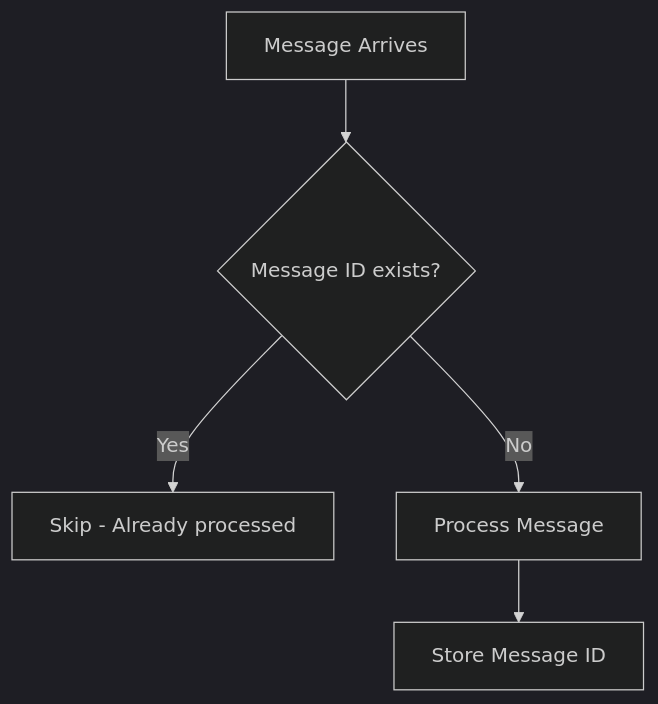
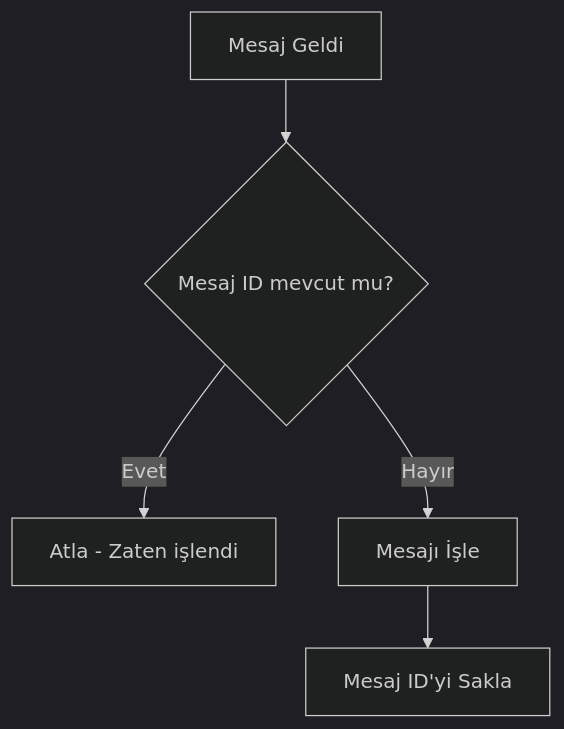
One commit to beyhanmeyrali/sap-all changed the eighth of 8 diagrams in Technical Tutorials/BTP/TR/chapters/15-integration-suite.md. Above: the diagram before and after it, drawn with Mermaid (dark theme). The commit also changed other lines of this file and 11 other files, not shown here.

````diff
--- a/Technical Tutorials/BTP/TR/chapters/15-integration-suite.md
+++ b/Technical Tutorials/BTP/TR/chapters/15-integration-suite.md
@@ -325,7 +325,7 @@
 ```mermaid
 flowchart TD
-    MSG[Message Arrives] --> CHECK{Message ID exists?}
-    CHECK --> |"Yes"| SKIP[Skip - Already processed]
-    CHECK --> |"No"| PROCESS[Process Message]
-    PROCESS --> STORE[Store Message ID]
+    MSG[Mesaj Geldi] --> CHECK{Mesaj ID mevcut mu?}
+    CHECK --> |"Evet"| SKIP[Atla - Zaten işlendi]
+    CHECK --> |"Hayır"| PROCESS[Mesajı İşle]
+    PROCESS --> STORE[Mesaj ID'yi Sakla]
 ```
````
